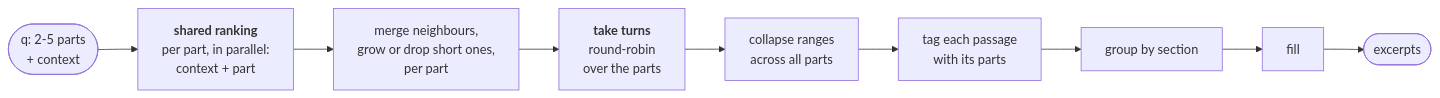
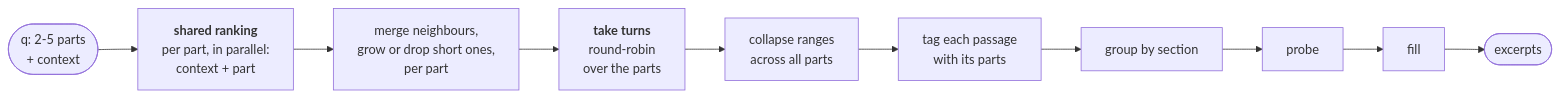
Before and after one commit to haskian/haskie: the third of 3 diagrams in docs/search.md, drawn with Mermaid. The commit also changed other lines of this file and 11 other files, not shown here.

````diff
--- a/docs/search.md
+++ b/docs/search.md
@@ -195,9 +214,9 @@
 ```mermaid
 flowchart LR
     asked(["q: 2-5 parts<br/>+ context"]) --> each["<b>shared ranking</b><br/>per part, in parallel:<br/>context + part"]
     each --> ranges["merge neighbours,<br/>grow or drop short ones,<br/>per part"]
     ranges --> turns["<b>take turns</b><br/>round-robin<br/>over the parts"]
     turns --> fold["collapse ranges<br/>across all parts"]
     fold --> tag["tag each passage<br/>with its parts"]
-    tag --> group["group by section"] --> fill["fill"] --> excerpts(["excerpts"])
+    tag --> group["group by section"] --> probe["probe"] --> fill["fill"] --> excerpts(["excerpts"])
 ```
````
